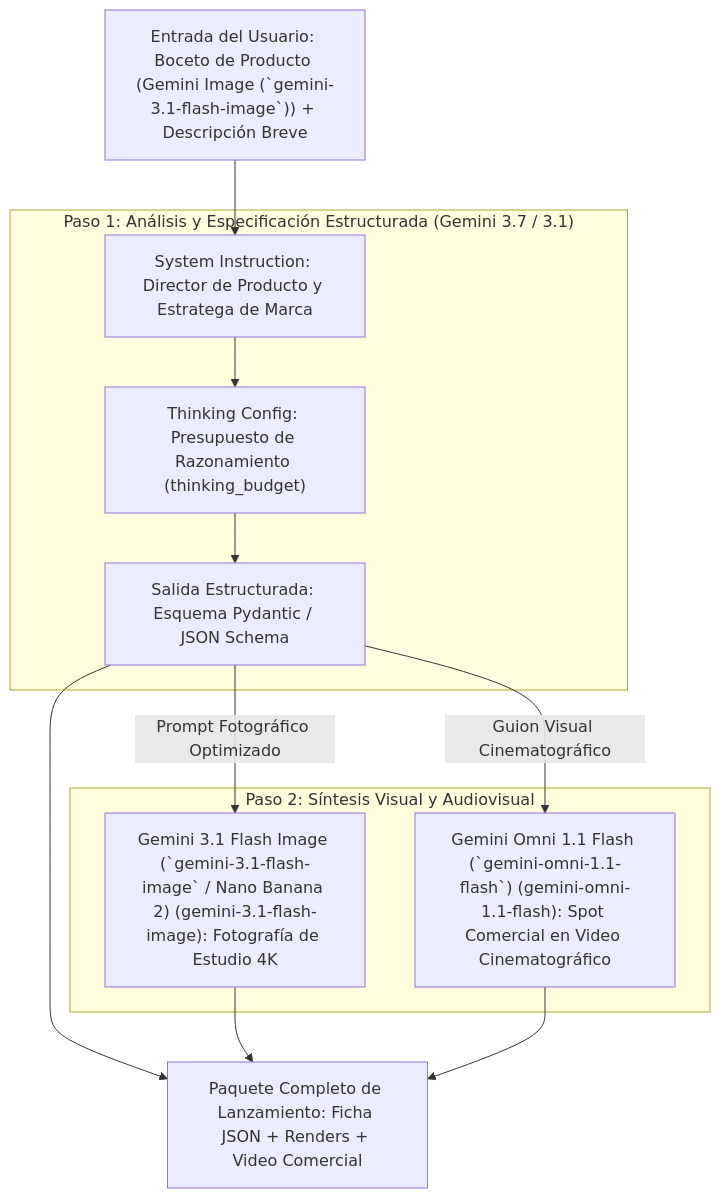
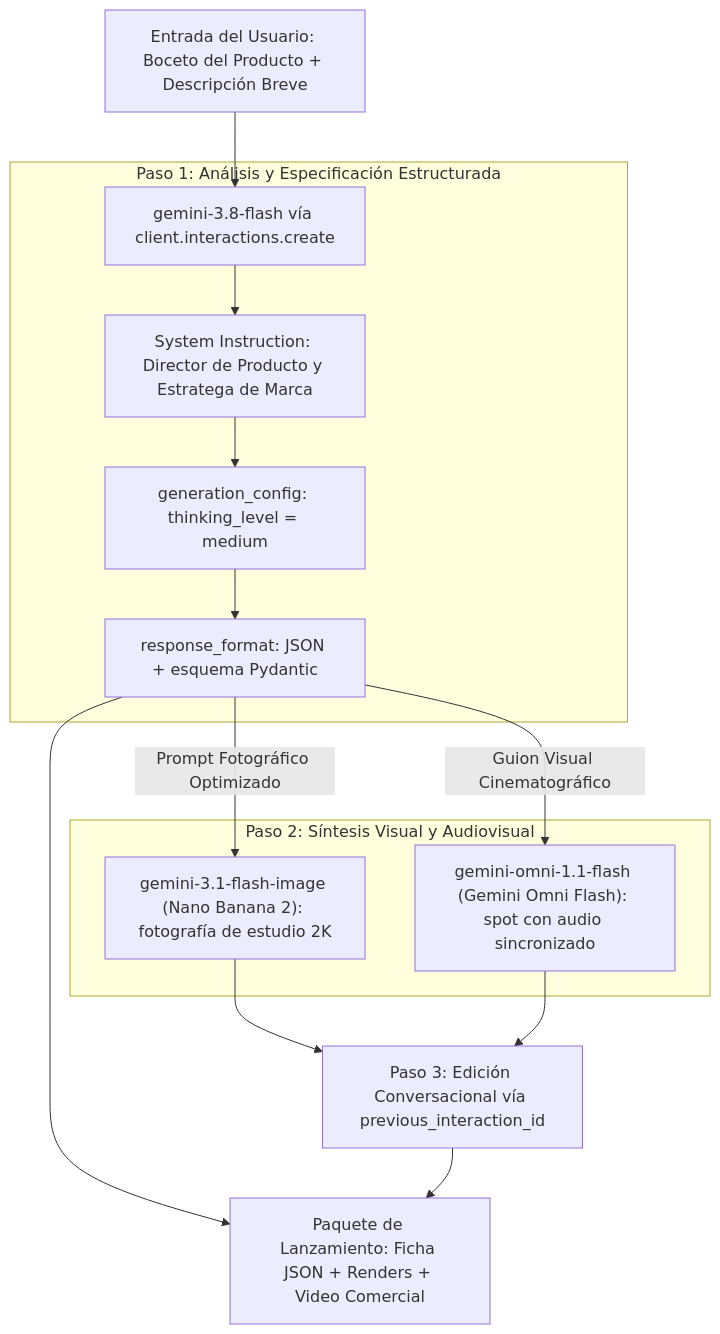
The diagram in es/module-02-basics-prompts-media-llms/README.md (AllInVaders/aistudio-full-course), drawn with Mermaid before and after one commit. The commit also changed other lines of this file and 30 other files, not shown here.

Commit message:
feat: upgrade all Gemini 3.7 Flash references to Gemini 3.8 Flash (gemini-3.8-flash)

````diff
--- a/es/module-02-basics-prompts-media-llms/README.md
+++ b/es/module-02-basics-prompts-media-llms/README.md
@@ -11,26 +41,30 @@
 ```mermaid
 flowchart TD
-    INPUT["Entrada del Usuario: Boceto de Producto (Gemini Image (`gemini-3.1-flash-image`)) + Descripción Breve"]
-    
-    subgraph Razonamiento["Paso 1: Análisis y Especificación Estructurada (Gemini 3.7 / 3.1)"]
+    INPUT["Entrada del Usuario: Boceto del Producto + Descripción Breve"]
+
+    subgraph Razonamiento["Paso 1: Análisis y Especificación Estructurada"]
+        MODELO["gemini-3.8-flash vía client.interactions.create"]
         SYS["System Instruction: Director de Producto y Estratega de Marca"]
-        THINK["Thinking Config: Presupuesto de Razonamiento (thinking_budget)"]
-        SCHEMA["Salida Estructurada: Esquema Pydantic / JSON Schema"]
+        THINK["generation_config: thinking_level = medium"]
+        SCHEMA["response_format: JSON + esquema Pydantic"]
     end
-    
+
     subgraph Multimedia["Paso 2: Síntesis Visual y Audiovisual"]
-        IMAGEN["Gemini 3.1 Flash Image (`gemini-3.1-flash-image` / Nano Banana 2) (gemini-3.1-flash-image): Fotografía de Estudio 4K"]
-        VEO["Gemini Omni 1.1 Flash (`gemini-omni-1.1-flash`) (gemini-omni-1.1-flash): Spot Comercial en Video Cinematográfico"]
+        NANO["gemini-3.1-flash-image (Nano Banana 2): fotografía de estudio 2K"]
+        OMNI["gemini-omni-1.1-flash (Gemini Omni Flash): spot con audio sincronizado"]
     end
-    
-    OUTPUT["Paquete Completo de Lanzamiento: Ficha JSON + Renders + Video Comercial"]
-    
-    INPUT --> SYS
+
+    EDIT["Paso 3: Edición Conversacional vía previous_interaction_id"]
+    OUTPUT["Paquete de Lanzamiento: Ficha JSON + Renders + Video Comercial"]
+
+    INPUT --> MODELO
+    MODELO --> SYS
     SYS --> THINK
     THINK --> SCHEMA
-    SCHEMA -->|"Prompt Fotográfico Optimizado"| IMAGEN
-    SCHEMA -->|"Guion Visual Cinematográfico"| VEO
+    SCHEMA -->|"Prompt Fotográfico Optimizado"| NANO
+    SCHEMA -->|"Guion Visual Cinematográfico"| OMNI
     SCHEMA --> OUTPUT
-    IMAGEN --> OUTPUT
-    VEO --> OUTPUT
+    NANO --> EDIT
+    OMNI --> EDIT
+    EDIT --> OUTPUT
 ```
````
